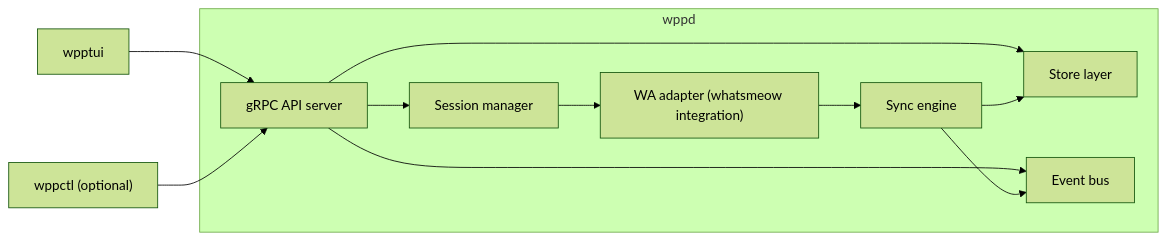
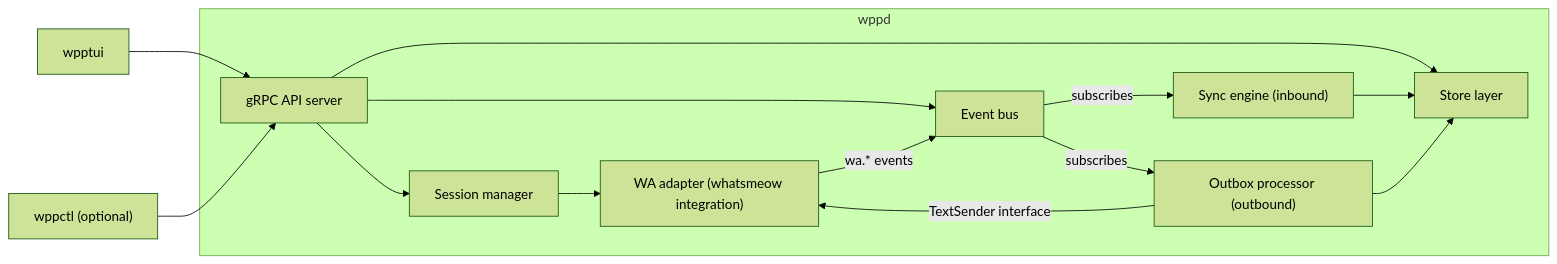
Before and after one commit to matheus3301/wpp: the third of 9 diagrams in .context/ARCHITECTURE.md, drawn with Mermaid (forest theme). The commit also changed other lines of this file and 12 other files, not shown here.

````diff
--- a/.context/ARCHITECTURE.md
+++ b/.context/ARCHITECTURE.md
@@ -118,24 +118,28 @@
 ```mermaid
 flowchart LR
     TUI["wpptui"]
     CTL["wppctl (optional)"]
 
     subgraph D["wppd"]
         API["gRPC API server"]
         SM["Session manager"]
         WAA["WA adapter (whatsmeow integration)"]
-        SYNC["Sync engine"]
+        BUS["Event bus"]
+        SYNC["Sync engine (inbound)"]
+        OUTBOX["Outbox processor (outbound)"]
         STORE["Store layer"]
-        BUS["Event bus"]
     end
 
     TUI --> API
     CTL --> API
     API --> SM
     API --> STORE
     API --> BUS
     SM --> WAA
-    WAA --> SYNC
+    WAA -- "wa.* events" --> BUS
+    BUS -- "subscribes" --> SYNC
+    BUS -- "subscribes" --> OUTBOX
     SYNC --> STORE
-    SYNC --> BUS
+    OUTBOX --> STORE
+    OUTBOX -- "TextSender interface" --> WAA
 ```
````
